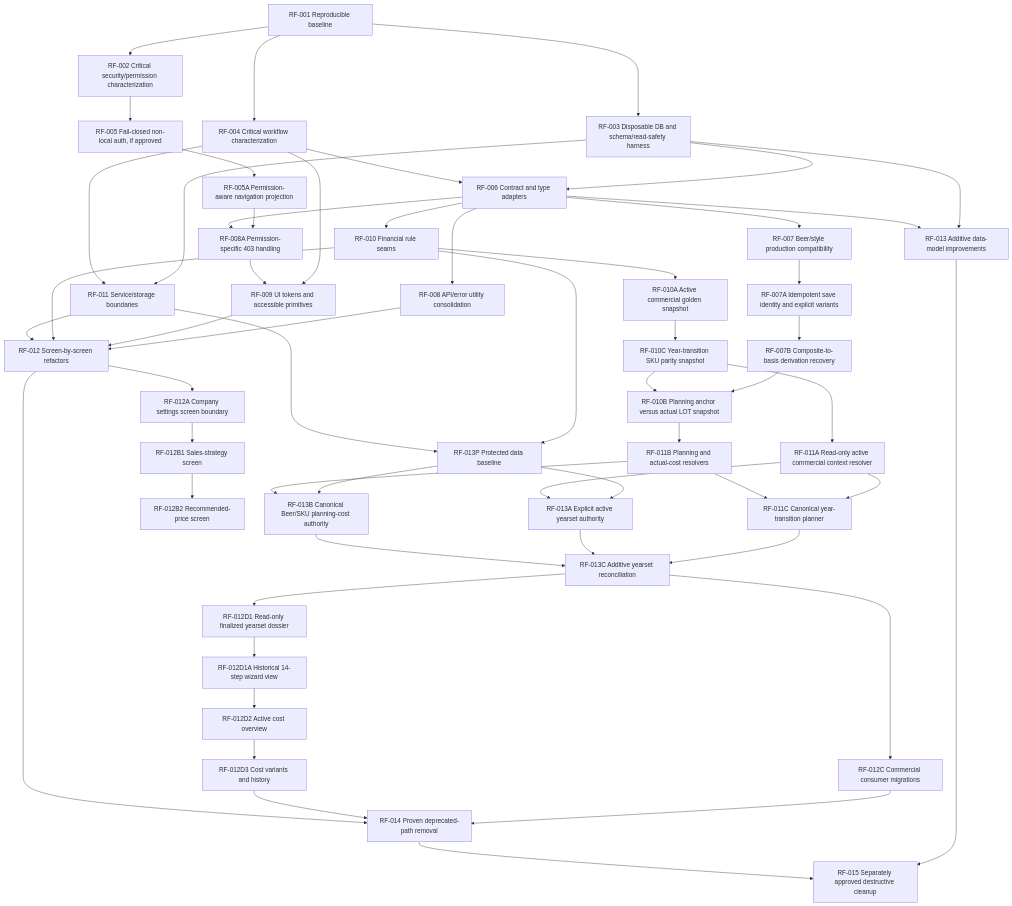
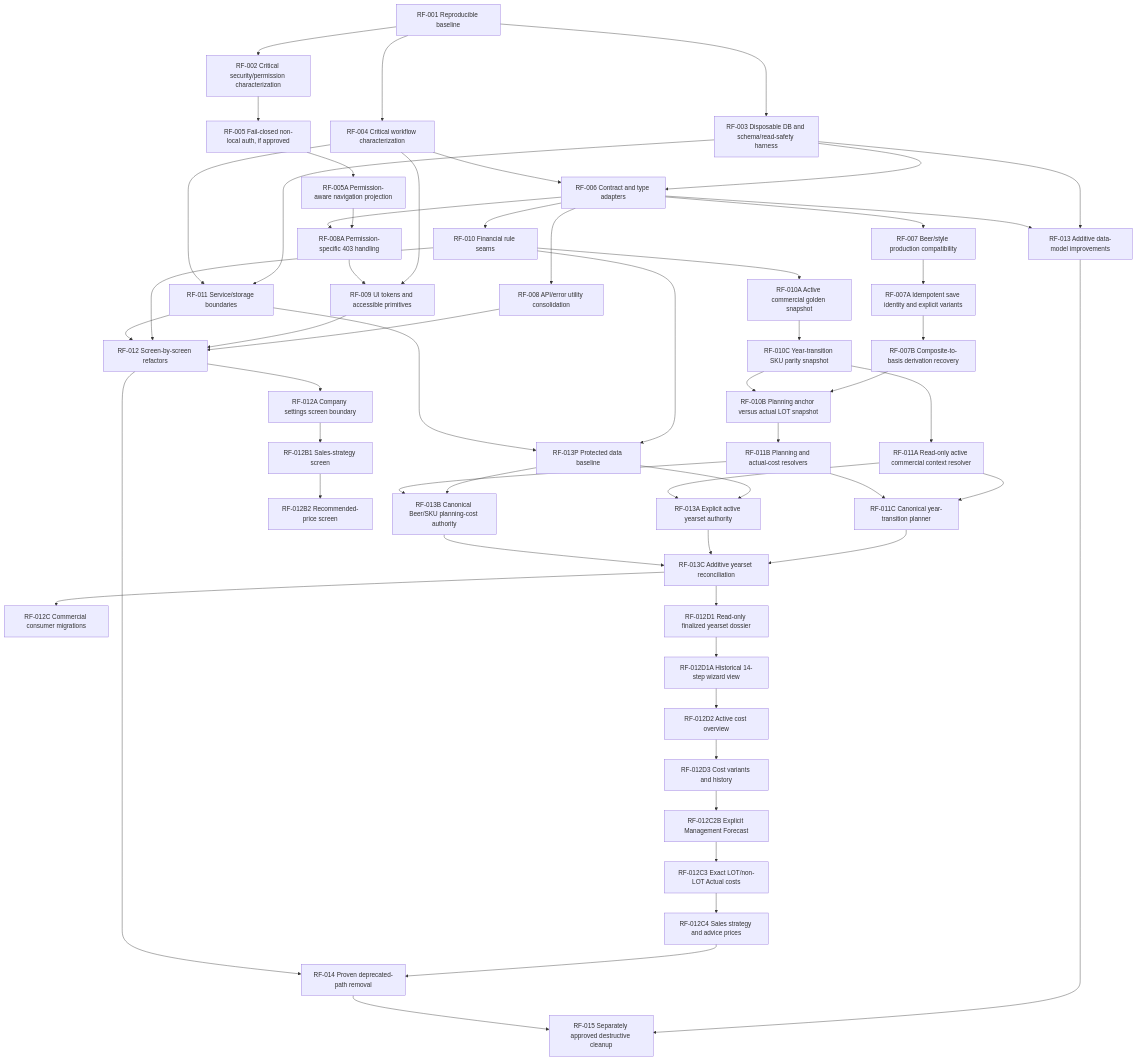
The first of 2 diagrams in docs/refactor-analysis/09-refactoring-roadmap.md (berlewaldebier-png/BerlewaldeCalculatietool), drawn with Mermaid before and after one commit. The commit also changed other lines of this file and 24 other files, not shown here.

Commit message:
RF-012C2B: add explicit management forecast (#63)

````diff
--- a/docs/refactor-analysis/09-refactoring-roadmap.md
+++ b/docs/refactor-analysis/09-refactoring-roadmap.md
@@ -49,57 +49,59 @@
 ```mermaid
 flowchart TD
     R1["RF-001 Reproducible baseline"] --> R2["RF-002 Critical security/permission characterization"]
     R1 --> R3["RF-003 Disposable DB and schema/read-safety harness"]
     R1 --> R4["RF-004 Critical workflow characterization"]
     R2 --> R5["RF-005 Fail-closed non-local auth, if approved"]
     R5 --> R5A["RF-005A Permission-aware navigation projection"]
     R3 --> R6["RF-006 Contract and type adapters"]
     R4 --> R6
     R6 --> R7["RF-007 Beer/style production compatibility"]
     R7 --> R7A["RF-007A Idempotent save identity and explicit variants"]
     R7A --> R7B["RF-007B Composite-to-basis derivation recovery"]
     R6 --> R8["RF-008 API/error utility consolidation"]
     R5A --> R8A["RF-008A Permission-specific 403 handling"]
     R6 --> R8A
     R4 --> R9["RF-009 UI tokens and accessible primitives"]
     R8A --> R9
     R6 --> R10["RF-010 Financial rule seams"]
     R10 --> R10A["RF-010A Active commercial golden snapshot"]
     R10A --> R10C["RF-010C Year-transition SKU parity snapshot"]
     R7B --> R10B["RF-010B Planning anchor versus actual LOT snapshot"]
     R10C --> R10B
     R3 --> R11["RF-011 Service/storage boundaries"]
     R4 --> R11
     R10C --> R11A["RF-011A Read-only active commercial context resolver"]
     R10B --> R11B["RF-011B Planning and actual-cost resolvers"]
     R11A --> R11C["RF-011C Canonical year-transition planner"]
     R11B --> R11C
     R8 --> R12["RF-012 Screen-by-screen refactors"]
     R9 --> R12
     R10 --> R12
     R11 --> R12
     R12 --> R12A["RF-012A Company settings screen boundary"]
     R12A --> R12B1["RF-012B1 Sales-strategy screen"]
     R12B1 --> R12B2["RF-012B2 Recommended-price screen"]
     R3 --> R13["RF-013 Additive data-model improvements"]
     R6 --> R13
     R10 --> R13P["RF-013P Protected data baseline"]
     R11 --> R13P
     R13P --> R13A
     R13P --> R13B
     R11A --> R13A["RF-013A Explicit active yearset authority"]
     R11B --> R13B["RF-013B Canonical Beer/SKU planning-cost authority"]
     R11C --> R13C["RF-013C Additive yearset reconciliation"]
     R13A --> R13C
     R13B --> R13C
     R13C --> R12C["RF-012C Commercial consumer migrations"]
     R13C --> R12D1["RF-012D1 Read-only finalized yearset dossier"]
     R12D1 --> R12D1A["RF-012D1A Historical 14-step wizard view"]
     R12D1A --> R12D2["RF-012D2 Active cost overview"]
     R12D2 --> R12D3["RF-012D3 Cost variants and history"]
-    R12C --> R14
-    R12D3 --> R14
+    R12D3 --> R12C2B["RF-012C2B Explicit Management Forecast"]
+    R12C2B --> R12C3["RF-012C3 Exact LOT/non-LOT Actual costs"]
+    R12C3 --> R12C4["RF-012C4 Sales strategy and advice prices"]
+    R12C4 --> R14
     R12 --> R14["RF-014 Proven deprecated-path removal"]
     R13 --> R15["RF-015 Separately approved destructive cleanup"]
     R14 --> R15
 ```
````
